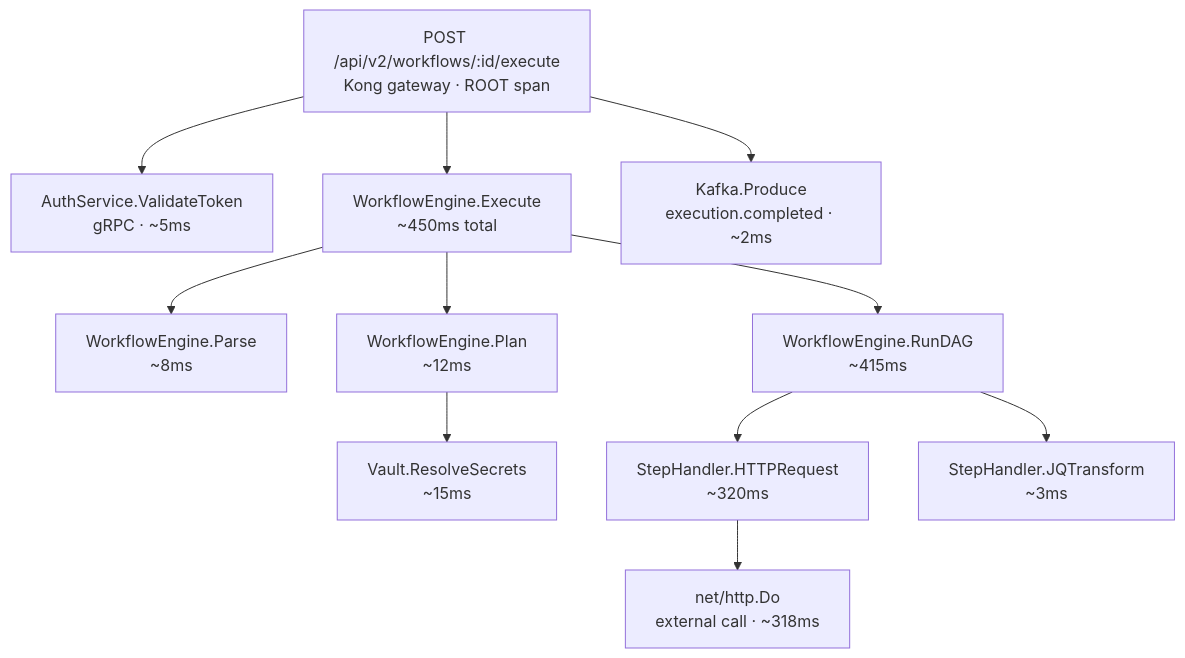
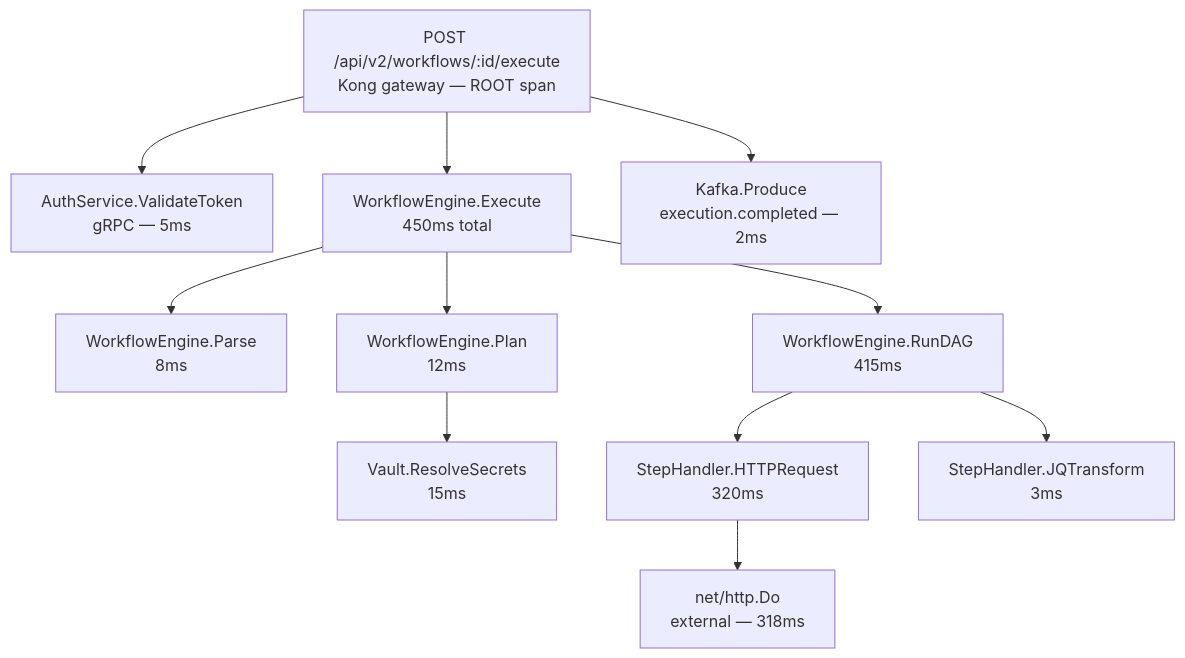
One commit to datngovan/test_documentation changed the third of 3 diagrams in docs/plan/solution-architecture-deep.md. Above: the diagram before and after it, drawn with Mermaid. The commit also changed other lines of this file and 3 other files, not shown here.

First line of the commit message:
Fix Mermaid rendering: use render() API and clean up diagram syntax

````diff
--- a/docs/plan/solution-architecture-deep.md
+++ b/docs/plan/solution-architecture-deep.md
@@ -455,19 +456,19 @@
-  ```mermaid
-  graph TD
-      Root["POST /api/v2/workflows/:id/execute\nKong gateway · ROOT span"]
+```mermaid
+flowchart TD
+    Root["POST /api/v2/workflows/:id/execute\nKong gateway — ROOT span"]
 
-      Root --> AuthSpan["AuthService.ValidateToken\ngRPC · ~5ms"]
-      Root --> ExecSpan["WorkflowEngine.Execute\n~450ms total"]
-      Root --> KafkaSpan["Kafka.Produce\nexecution.completed · ~2ms"]
+    Root --> AuthSpan["AuthService.ValidateToken\ngRPC — 5ms"]
+    Root --> ExecSpan["WorkflowEngine.Execute\n450ms total"]
+    Root --> KafkaSpan["Kafka.Produce\nexecution.completed — 2ms"]
 
-      ExecSpan --> ParseSpan["WorkflowEngine.Parse\n~8ms"]
-      ExecSpan --> PlanSpan["WorkflowEngine.Plan\n~12ms"]
-      ExecSpan --> DAGSpan["WorkflowEngine.RunDAG\n~415ms"]
+    ExecSpan --> ParseSpan["WorkflowEngine.Parse\n8ms"]
+    ExecSpan --> PlanSpan["WorkflowEngine.Plan\n12ms"]
+    ExecSpan --> DAGSpan["WorkflowEngine.RunDAG\n415ms"]
 
-      PlanSpan --> VaultSpan["Vault.ResolveSecrets\n~15ms"]
+    PlanSpan --> VaultSpan["Vault.ResolveSecrets\n15ms"]
 
-      DAGSpan --> HTTPSpan["StepHandler.HTTPRequest\n~320ms"]
-      DAGSpan --> JQSpan["StepHandler.JQTransform\n~3ms"]
+    DAGSpan --> HTTPSpan["StepHandler.HTTPRequest\n320ms"]
+    DAGSpan --> JQSpan["StepHandler.JQTransform\n3ms"]
 
-      HTTPSpan --> NetSpan["net/http.Do\nexternal call · ~318ms"]
-  ```
+    HTTPSpan --> NetSpan["net/http.Do\nexternal — 318ms"]
+```
````
